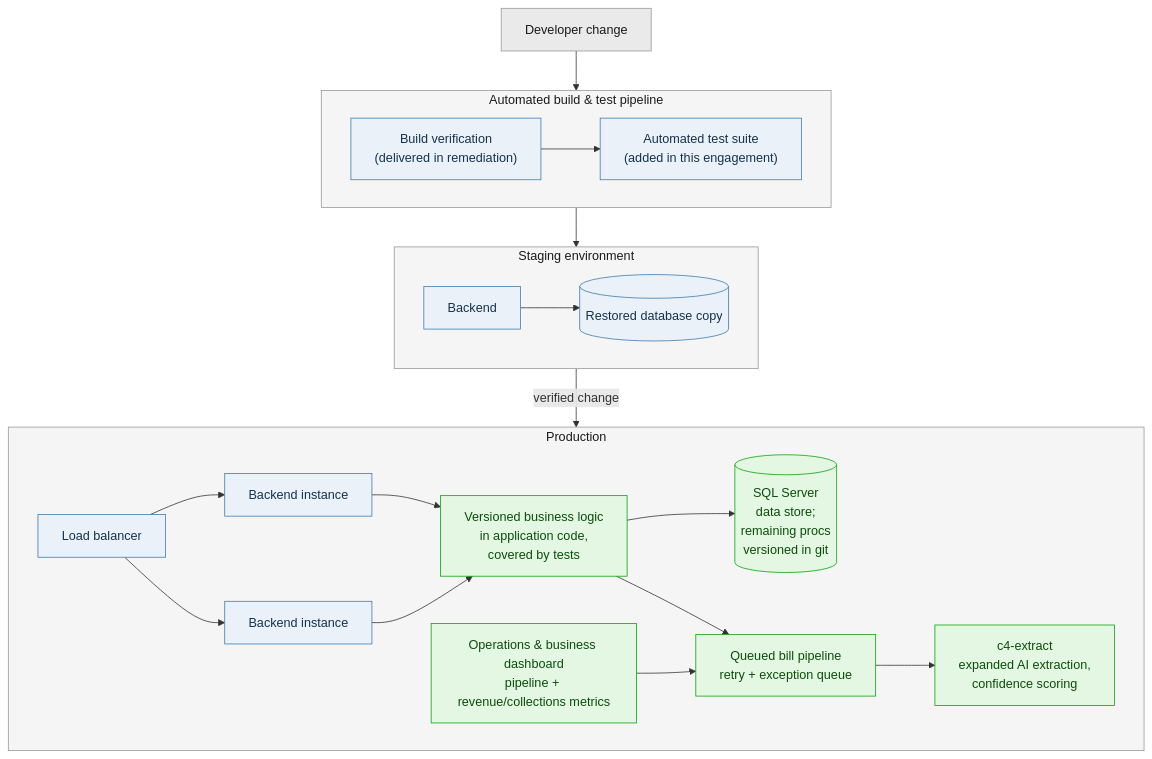
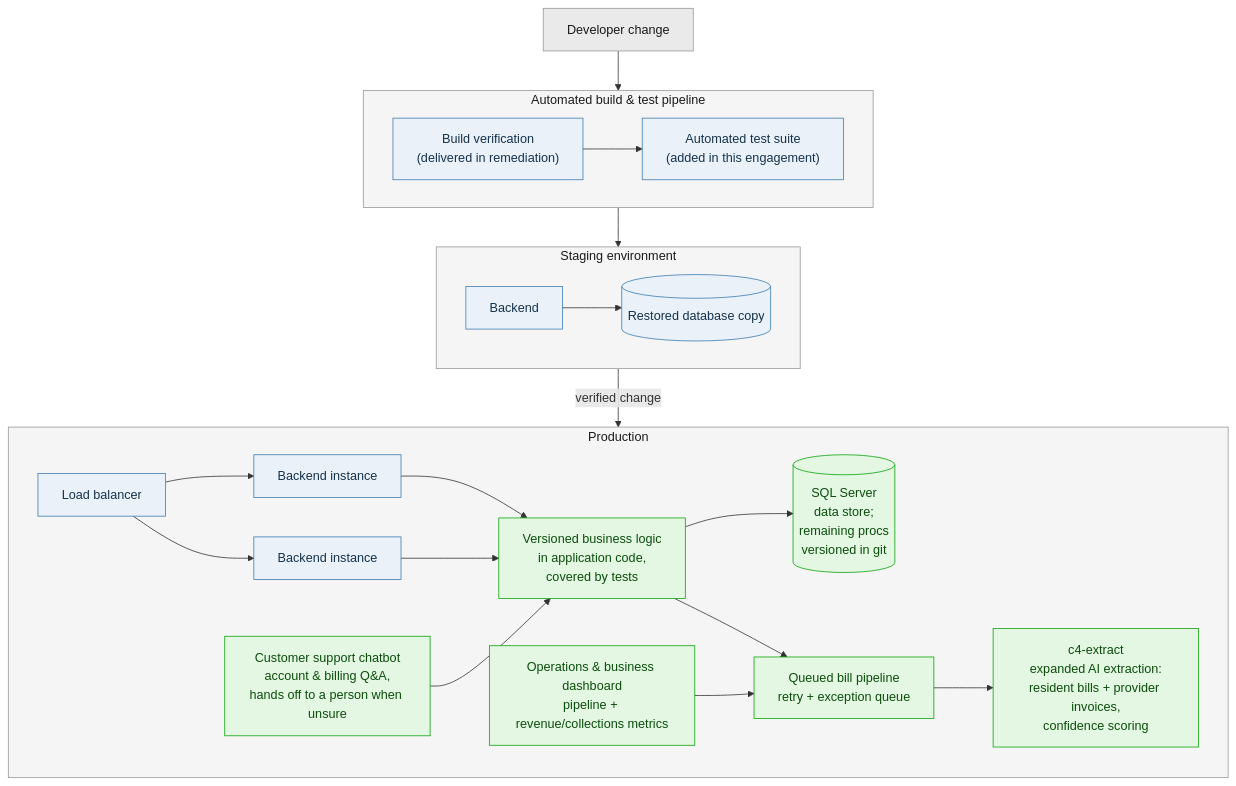
Before and after one commit to keystone-software-systems/keystone-web: the second of 3 diagrams in docs/projects/ubility/ongoing-partnership/ubility-partnership-proposal.md, drawn with Mermaid. The commit also changed other lines of this file and 1 other file, not shown here.

First line of the commit message:
docs: add flexibility value prop, update diagrams for chatbot + provider invoices

````diff
--- a/docs/projects/ubility/ongoing-partnership/ubility-partnership-proposal.md
+++ b/docs/projects/ubility/ongoing-partnership/ubility-partnership-proposal.md
@@ -119,57 +121,60 @@
 ```mermaid
 graph TD
     DEV["Developer change"] --> CI
 
     subgraph CI["Automated build & test pipeline"]
         BUILD["Build verification<br/>(delivered in remediation)"]
         TEST["Automated test suite<br/>(added in this engagement)"]
         BUILD --> TEST
     end
 
     CI --> STG
 
     subgraph STG["Staging environment"]
         SBE["Backend"]
         SDB[("Restored database copy")]
         SBE --> SDB
     end
 
     STG -->|"verified change"| PRD
 
     subgraph PRD["Production"]
         LB["Load balancer"]
         BE1["Backend instance"]
         BE2["Backend instance"]
         SVC["Versioned business logic<br/>in application code,<br/>covered by tests"]
         DB2[("SQL Server<br/>data store;<br/>remaining procs<br/>versioned in git")]
         Q["Queued bill pipeline<br/>retry + exception queue"]
-        EX2["c4-extract<br/>expanded AI extraction,<br/>confidence scoring"]
+        EX2["c4-extract<br/>expanded AI extraction:<br/>resident bills + provider invoices,<br/>confidence scoring"]
         OPS["Operations & business dashboard<br/>pipeline + revenue/collections metrics"]
+        CHAT["Customer support chatbot<br/>account & billing Q&A,<br/>hands off to a person when unsure"]
 
         LB --> BE1
         LB --> BE2
         BE1 --> SVC
         BE2 --> SVC
         SVC --> DB2
         SVC --> Q
         Q --> EX2
         OPS --> Q
+        CHAT --> SVC
     end
 
     style CI fill:#f5f5f5,stroke:#999999,color:#1a1a1a
     style STG fill:#f5f5f5,stroke:#999999,color:#1a1a1a
     style PRD fill:#f5f5f5,stroke:#999999,color:#1a1a1a
     style DEV fill:#eaeaea,stroke:#999999,color:#1a1a1a
     style BUILD fill:#eaf1f8,stroke:#3E7CB1,color:#14324D
     style TEST fill:#eaf1f8,stroke:#3E7CB1,color:#14324D
     style SBE fill:#eaf1f8,stroke:#3E7CB1,color:#14324D
     style SDB fill:#eaf1f8,stroke:#3E7CB1,color:#14324D
     style LB fill:#eaf1f8,stroke:#3E7CB1,color:#14324D
     style BE1 fill:#eaf1f8,stroke:#3E7CB1,color:#14324D
     style BE2 fill:#eaf1f8,stroke:#3E7CB1,color:#14324D
     style SVC fill:#e3f7e3,stroke:#0ca30c,color:#0b4d0b
     style DB2 fill:#e3f7e3,stroke:#0ca30c,color:#0b4d0b
     style Q fill:#e3f7e3,stroke:#0ca30c,color:#0b4d0b
     style EX2 fill:#e3f7e3,stroke:#0ca30c,color:#0b4d0b
     style OPS fill:#e3f7e3,stroke:#0ca30c,color:#0b4d0b
+    style CHAT fill:#e3f7e3,stroke:#0ca30c,color:#0b4d0b
 ```
````
